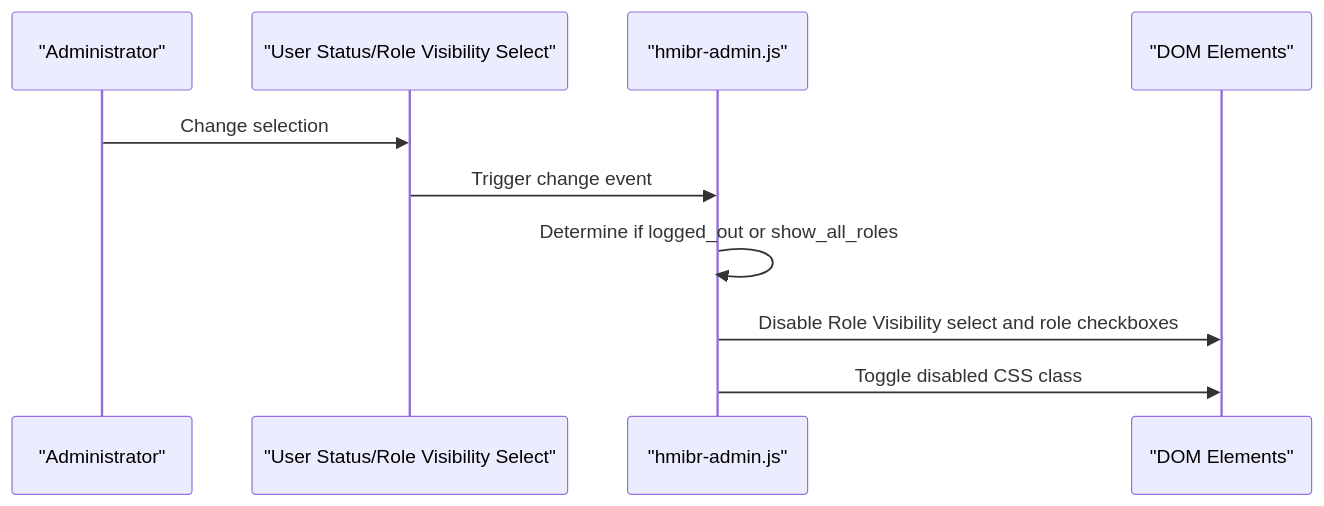
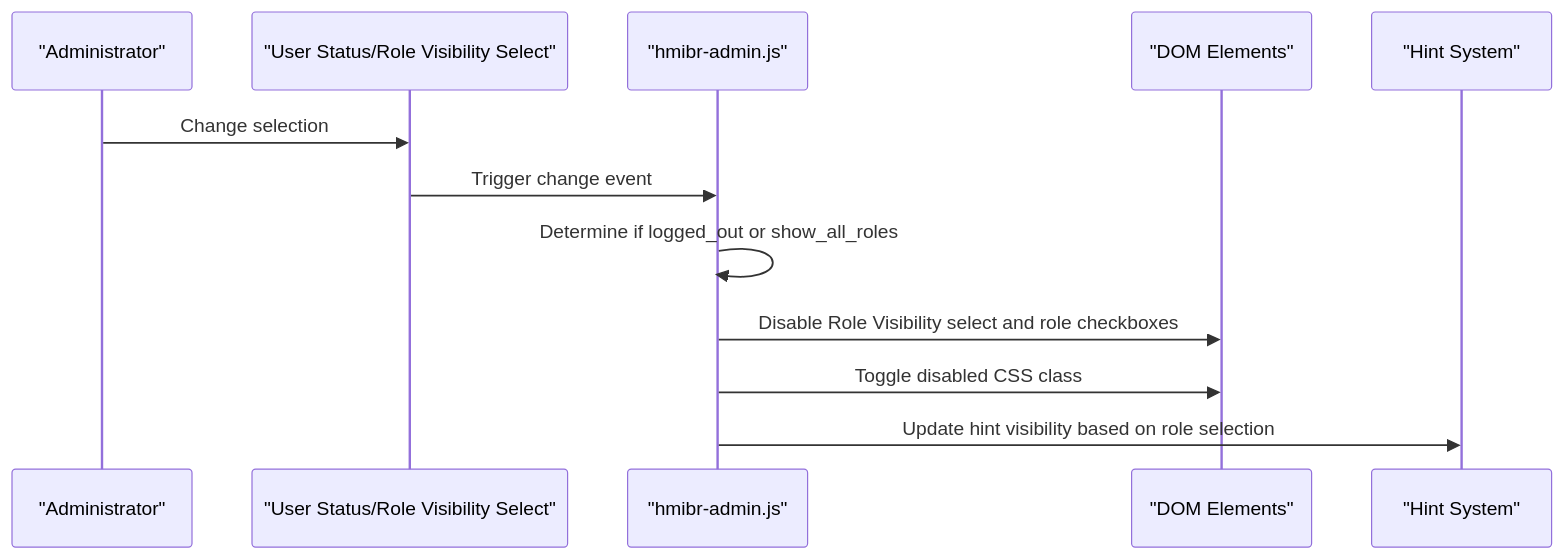
The fifth of 6 diagrams in .qoder/repowiki/en/content/Features Guide/Admin Interface & User Experience.md (mahfuzurwp/hide-menu-items-by-role), drawn with Mermaid before and after one commit. The commit also changed other lines of this file and 8 other files, not shown here.

````diff
--- a/.qoder/repowiki/en/content/Features Guide/Admin Interface & User Experience.md
+++ b/.qoder/repowiki/en/content/Features Guide/Admin Interface & User Experience.md
@@ -235,12 +252,14 @@
 ```mermaid
 sequenceDiagram
 participant User as "Administrator"
 participant Select as "User Status/Role Visibility Select"
 participant JS as "hmibr-admin.js"
 participant DOM as "DOM Elements"
+participant Hint as "Hint System"
 User->>Select : Change selection
 Select->>JS : Trigger change event
 JS->>JS : Determine if logged_out or show_all_roles
 JS->>DOM : Disable Role Visibility select and role checkboxes
 JS->>DOM : Toggle disabled CSS class
+JS->>Hint : Update hint visibility based on role selection
 ```
````
